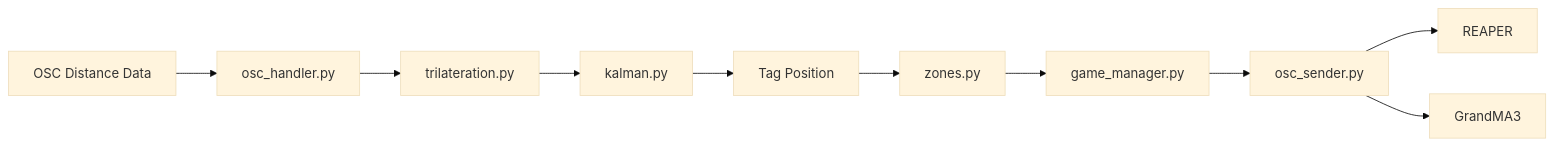
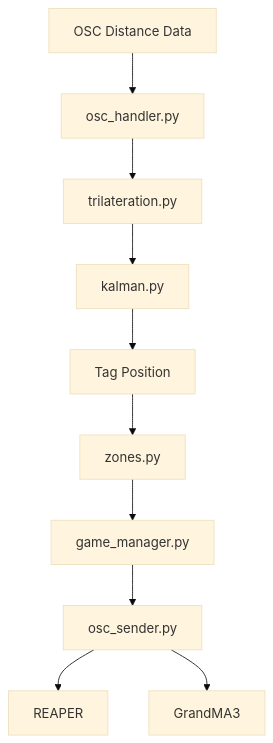
One commit to JoashYeoh/EGL314_Team-A changed the fourth of 7 diagrams in FINAL/docs/architecture.md. Above: the diagram before and after it, drawn with Mermaid (base theme). The commit also changed other lines of this file and 2 other files, not shown here.

Commit message:
architecture.md done

````diff
--- a/FINAL/docs/architecture.md
+++ b/FINAL/docs/architecture.md
@@ -42,12 +42,12 @@
 ```mermaid
-flowchart LR
+flowchart
     A[OSC Distance Data] --> B[osc_handler.py]
     B --> C[trilateration.py]
     C --> D[kalman.py]
     D --> E[Tag Position]
     E --> F[zones.py]
     F --> G[game_manager.py]
     G --> H[osc_sender.py]
     H --> I[REAPER]
     H --> J[GrandMA3]
 ```
````
